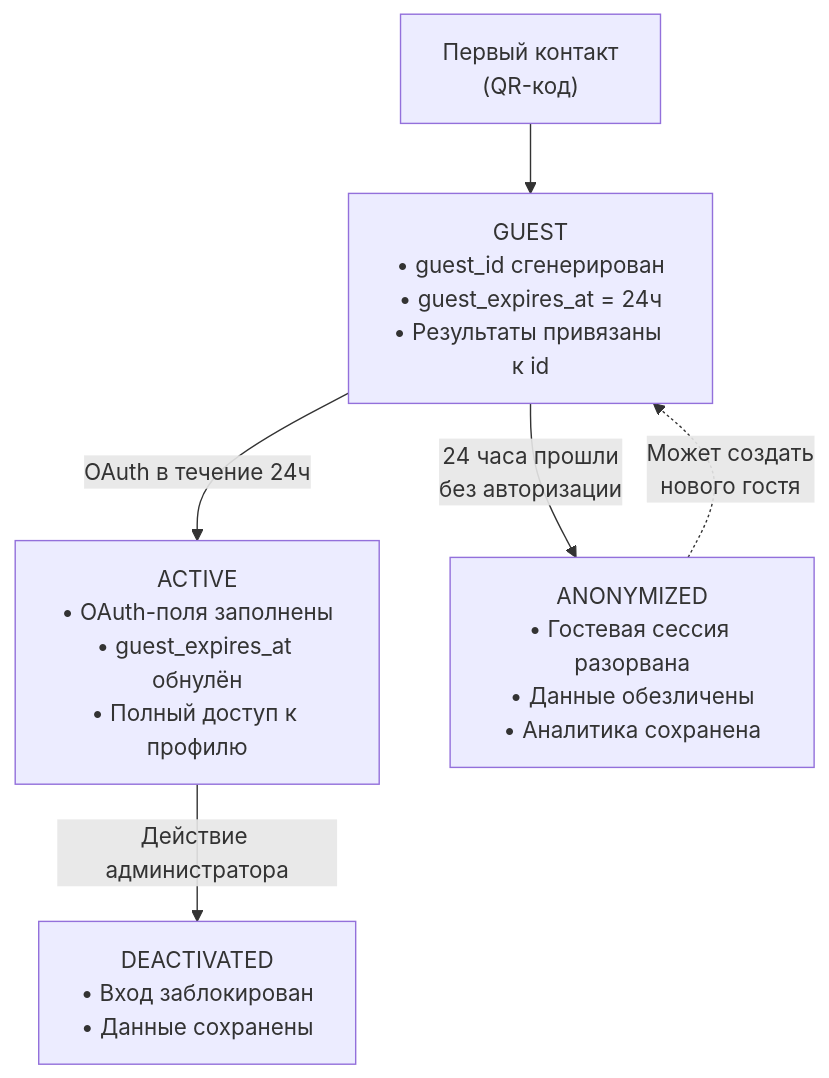
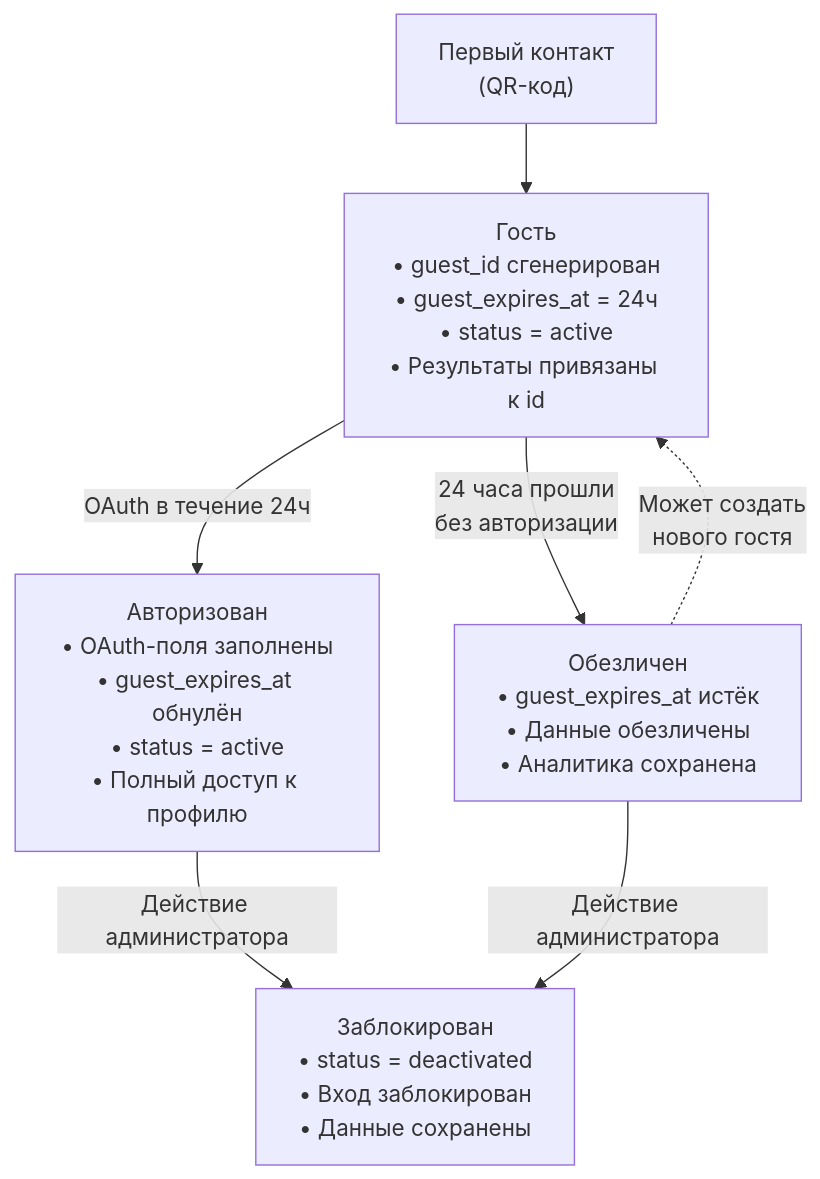
One commit to atlassys-smm/RZN changed the sixth of 6 diagrams in docs/concept/registration-profile.md. Above: the diagram before and after it, drawn with Mermaid. The commit also changed other lines of this file and 34 other files, not shown here.

````diff
--- a/docs/concept/registration-profile.md
+++ b/docs/concept/registration-profile.md
@@ -178,12 +178,14 @@
 ```mermaid
 flowchart TD
-    Start["Первый контакт\n(QR-код)"] --> Guest["GUEST\n• guest_id сгенерирован\n• guest_expires_at = 24ч\n• Результаты привязаны к id"]
-    
-    Guest -->|"OAuth в течение 24ч"| Active["ACTIVE\n• OAuth-поля заполнены\n• guest_expires_at обнулён\n• Полный доступ к профилю"]
-    
-    Guest -->|"24 часа прошли\nбез авторизации"| Anonymized["ANONYMIZED\n• Гостевая сессия разорвана\n• Данные обезличены\n• Аналитика сохранена"]
-    
-    Active -->|"Действие администратора"| Deactivated["DEACTIVATED\n• Вход заблокирован\n• Данные сохранены"]
-    
+    Start["Первый контакт\n(QR-код)"] --> Guest["Гость\n• guest_id сгенерирован\n• guest_expires_at = 24ч\n• status = active\n• Результаты привязаны к id"]
+
+    Guest -->|"OAuth в течение 24ч"| Active["Авторизован\n• OAuth-поля заполнены\n• guest_expires_at обнулён\n• status = active\n• Полный доступ к профилю"]
+
+    Guest -->|"24 часа прошли\nбез авторизации"| Anonymized["Обезличен\n• guest_expires_at истёк\n• Данные обезличены\n• Аналитика сохранена"]
+
+    Active -->|"Действие администратора"| Deactivated["Заблокирован\n• status = deactivated\n• Вход заблокирован\n• Данные сохранены"]
+
+    Anonymized -->|"Действие администратора"| Deactivated
+
     Anonymized -.->|"Может создать\nнового гостя"| Guest
 ```
````
